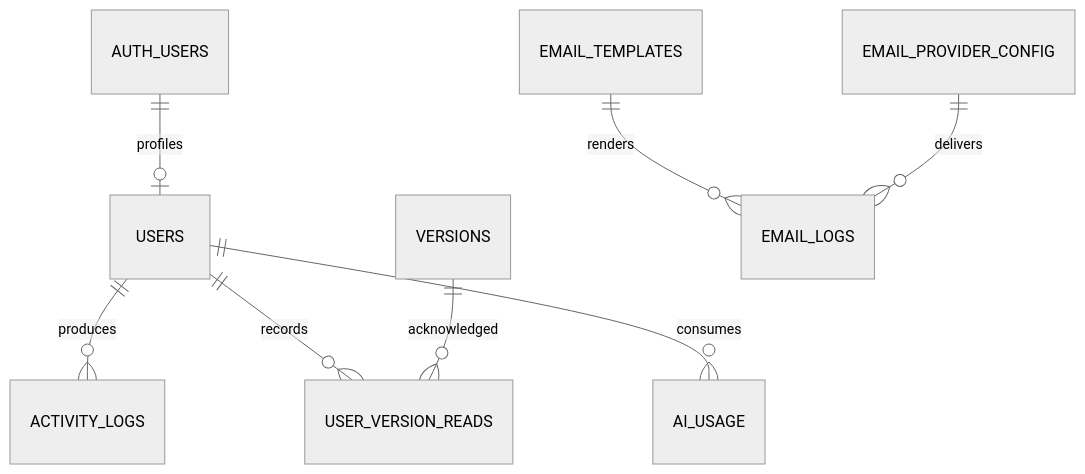
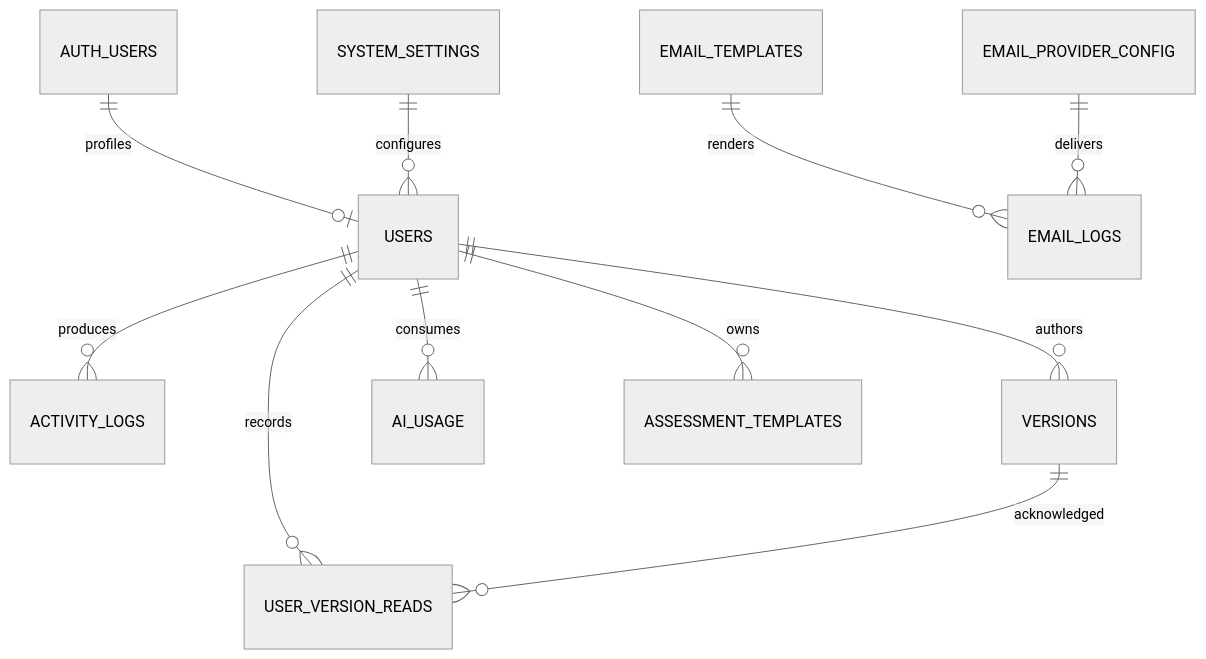
One commit to DatTran26/ITBA_PRO changed the diagram in docs/_reverse/platform-communications-and-governance/erd.md. Above: the diagram before and after it, drawn with Mermaid (neutral theme). The commit also changed other lines of this file and 15 other files, not shown here.

First line of the commit message:
docs(schema): align inventory with live supabase

````diff
--- a/docs/_reverse/platform-communications-and-governance/erd.md
+++ b/docs/_reverse/platform-communications-and-governance/erd.md
@@ -3,10 +3,13 @@
 ```mermaid
 erDiagram
     AUTH_USERS ||--o| USERS : profiles
     USERS ||--o{ ACTIVITY_LOGS : produces
     USERS ||--o{ USER_VERSION_READS : records
     VERSIONS ||--o{ USER_VERSION_READS : acknowledged
+    USERS ||--o{ VERSIONS : authors
     EMAIL_TEMPLATES ||--o{ EMAIL_LOGS : renders
     EMAIL_PROVIDER_CONFIG ||--o{ EMAIL_LOGS : delivers
     USERS ||--o{ AI_USAGE : consumes
+    USERS ||--o{ ASSESSMENT_TEMPLATES : owns
+    SYSTEM_SETTINGS ||--o{ USERS : configures
 ```
````
